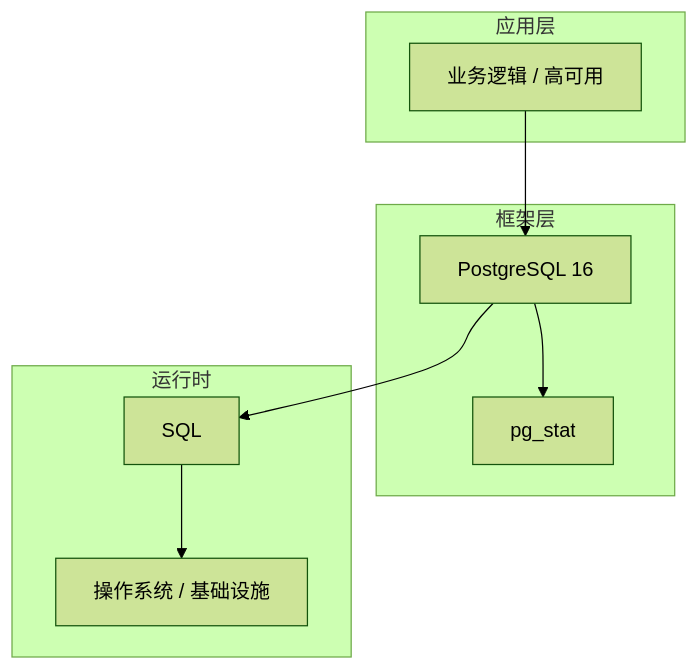
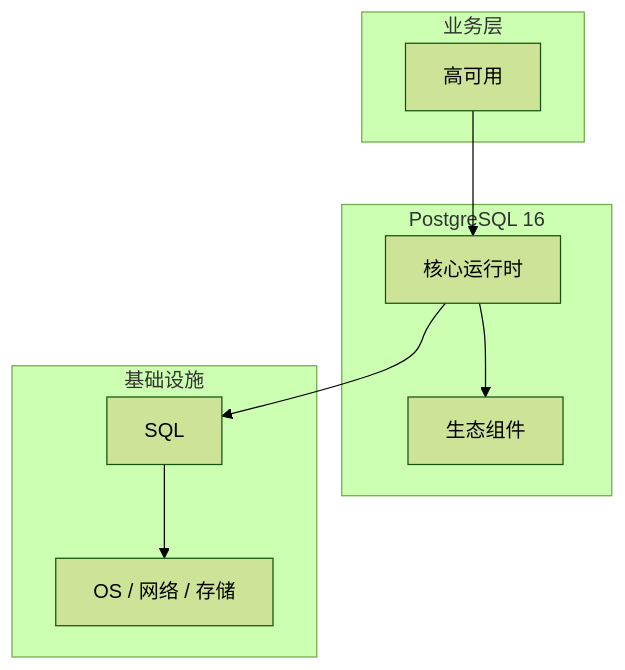
Before and after one commit to yanggan2015/knowledge-json-v2: the diagram in articles/PostgreSQL/chapters/079-高可用核心概念与原理.md, drawn with Mermaid (forest theme). The commit also changed other lines of this file and 10127 other files, not shown here.

````diff
--- a/articles/PostgreSQL/chapters/079-高可用核心概念与原理.md
+++ b/articles/PostgreSQL/chapters/079-高可用核心概念与原理.md
@@ -45,18 +34,18 @@
 ```mermaid
 graph TB
-    subgraph 应用层
-        A[业务逻辑 / 高可用]
+    subgraph 业务层
+        A[高可用]
     end
-    subgraph 框架层
-        B[PostgreSQL 16]
-        C[pg_stat]
+    subgraph PostgreSQL 16
+        B[核心运行时]
+        C[生态组件]
     end
-    subgraph 运行时
+    subgraph 基础设施
         D[SQL]
-        E[操作系统 / 基础设施]
+        E[OS / 网络 / 存储]
     end
     A --> B
     B --> C
     B --> D
     D --> E
 ```
````
